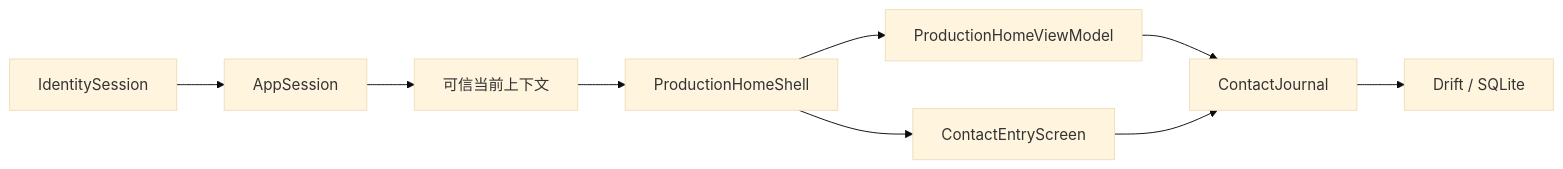
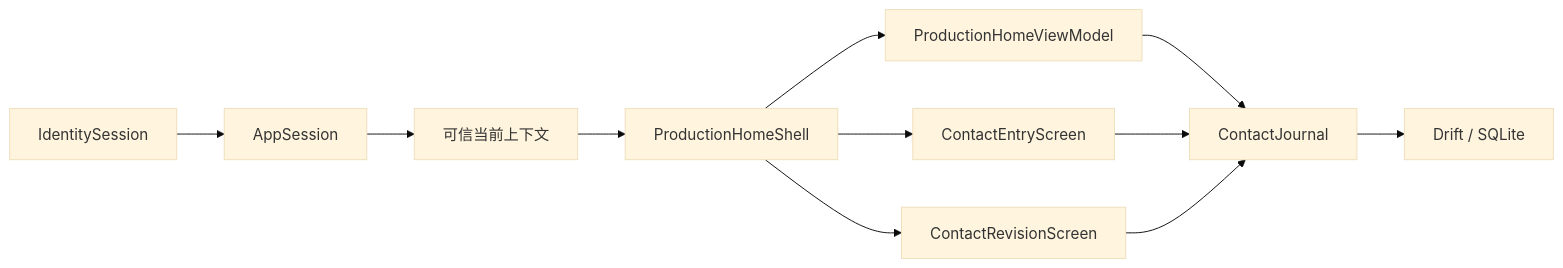
The diagram in docs/manual/05-formal-contact-loop.md (XavierOwen/tongxingzhe-app), drawn with Mermaid (base theme) before and after one commit. The commit also changed other lines of this file and 42 other files, not shown here.

````diff
--- a/docs/manual/05-formal-contact-loop.md
+++ b/docs/manual/05-formal-contact-loop.md
@@ -9,11 +9,13 @@
 ```mermaid
 flowchart LR
   A["IdentitySession"] --> B["AppSession"]
   B --> C["可信当前上下文"]
   C --> D["ProductionHomeShell"]
   D --> H["ProductionHomeViewModel"]
   D --> E["ContactEntryScreen"]
+  D --> I["ContactRevisionScreen"]
   H --> F
   E --> F["ContactJournal"]
+  I --> F
   F --> G["Drift / SQLite"]
 ```
````
